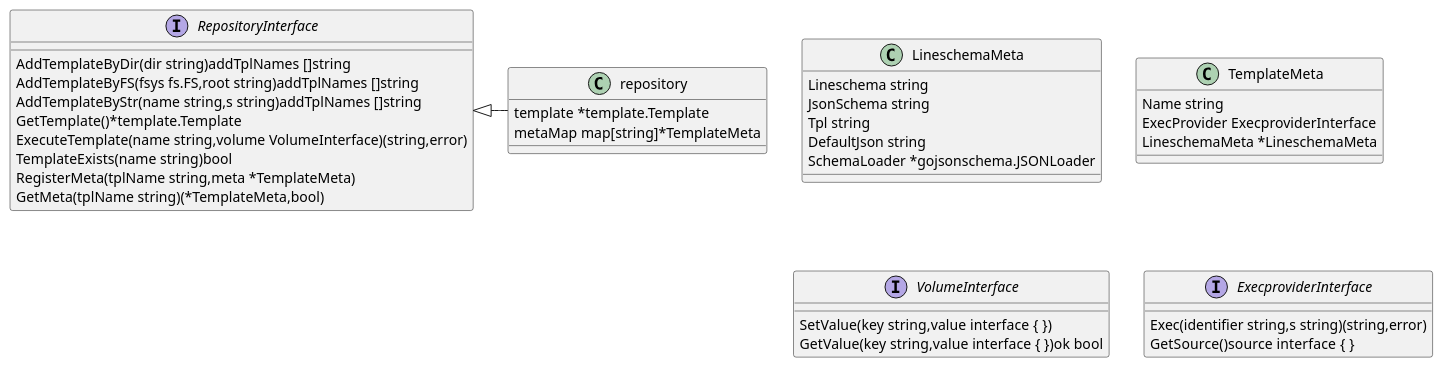
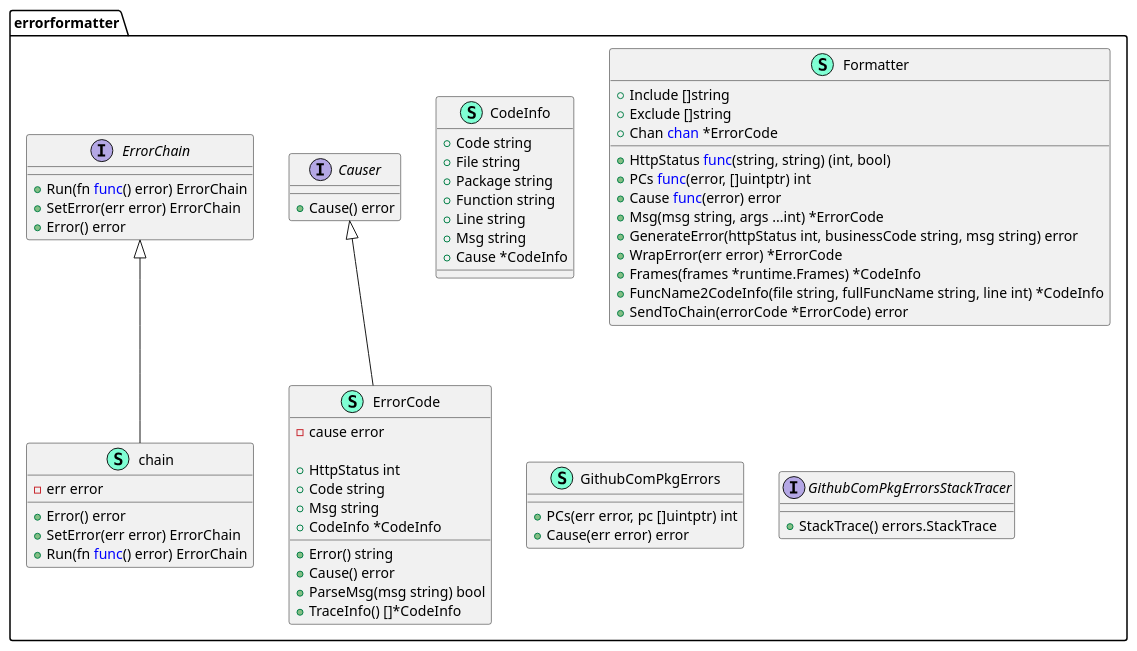
The third of 4 diagrams in README.md (suifengpiao14/errorformater), drawn with PlantUML before and after one commit. The commit also changed other lines of this file and 10 other files, not shown here.

````diff
--- a/README.md
+++ b/README.md
@@ -72,39 +46,77 @@
 ```plantuml
 @startuml
- class LineschemaMeta {
-  Lineschema string
-  JsonSchema string
-  Tpl string
-  DefaultJson string
-  SchemaLoader *gojsonschema.JSONLoader
+namespace errorformatter {
+    interface Causer  {
+        + Cause() error
+
+    }
+    class CodeInfo << (S,Aquamarine) >> {
+        + Code string
+        + File string
+        + Package string
+        + Function string
+        + Line string
+        + Msg string
+        + Cause *CodeInfo
+
+    }
+    interface ErrorChain  {
+        + Run(fn <font color=blue>func</font>() error) ErrorChain
+        + SetError(err error) ErrorChain
+        + Error() error
+
+    }
+    class ErrorCode << (S,Aquamarine) >> {
+        - cause error
+
+        + HttpStatus int
+        + Code string
+        + Msg string
+        + CodeInfo *CodeInfo
+
+        + Error() string
+        + Cause() error
+        + ParseMsg(msg string) bool
+        + TraceInfo() []*CodeInfo
+
+    }
+    class Formatter << (S,Aquamarine) >> {
+        + Include []string
+        + Exclude []string
+        + HttpStatus <font color=blue>func</font>(string, string) (int, bool)
+        + PCs <font color=blue>func</font>(error, []uintptr) int
+        + Cause <font color=blue>func</font>(error) error
+        + Chan <font color=blue>chan</font> *ErrorCode
+
+        + Msg(msg string, args ...int) *ErrorCode
+        + GenerateError(httpStatus int, businessCode string, msg string) error
+        + WrapError(err error) *ErrorCode
+        + Frames(frames *runtime.Frames) *CodeInfo
+        + FuncName2CodeInfo(file string, fullFuncName string, line int) *CodeInfo
+        + SendToChain(errorCode *ErrorCode) error
+
+    }
+    class GithubComPkgErrors << (S,Aquamarine) >> {
+        + PCs(err error, pc []uintptr) int
+        + Cause(err error) error
+
+    }
+    interface GithubComPkgErrorsStackTracer  {
+        + StackTrace() errors.StackTrace
+
+    }
+    class chain << (S,Aquamarine) >> {
+        - err error
+
+        + Error() error
+        + SetError(err error) ErrorChain
+        + Run(fn <font color=blue>func</font>() error) ErrorChain
+
+    }
 }
- class TemplateMeta {
-  Name string
-  ExecProvider ExecproviderInterface
-  LineschemaMeta *LineschemaMeta
-}
- class repository {
-  template *template.Template
-  metaMap map[string]*TemplateMeta
-}
- interface VolumeInterface  {
-  SetValue(key string,value interface  { })
-  GetValue(key string,value interface  { })ok bool
-}
- interface ExecproviderInterface  {
-  Exec(identifier string,s string)(string,error)
-  GetSource()source interface  { }
-}
- interface RepositoryInterface  {
-  AddTemplateByDir(dir string)addTplNames []string
-  AddTemplateByFS(fsys fs.FS,root string)addTplNames []string
-  AddTemplateByStr(name string,s string)addTplNames []string
-  GetTemplate()*template.Template
-  ExecuteTemplate(name string,volume VolumeInterface)(string,error)
-  TemplateExists(name string)bool
-  RegisterMeta(tplName string,meta *TemplateMeta)
-  GetMeta(tplName string)(*TemplateMeta,bool)
-}
-.RepositoryInterface <|- .repository
+
+"errorformatter.Causer" <|-- "errorformatter.ErrorCode"
+"errorformatter.ErrorChain" <|-- "errorformatter.chain"
+
 @enduml
 ```
````
